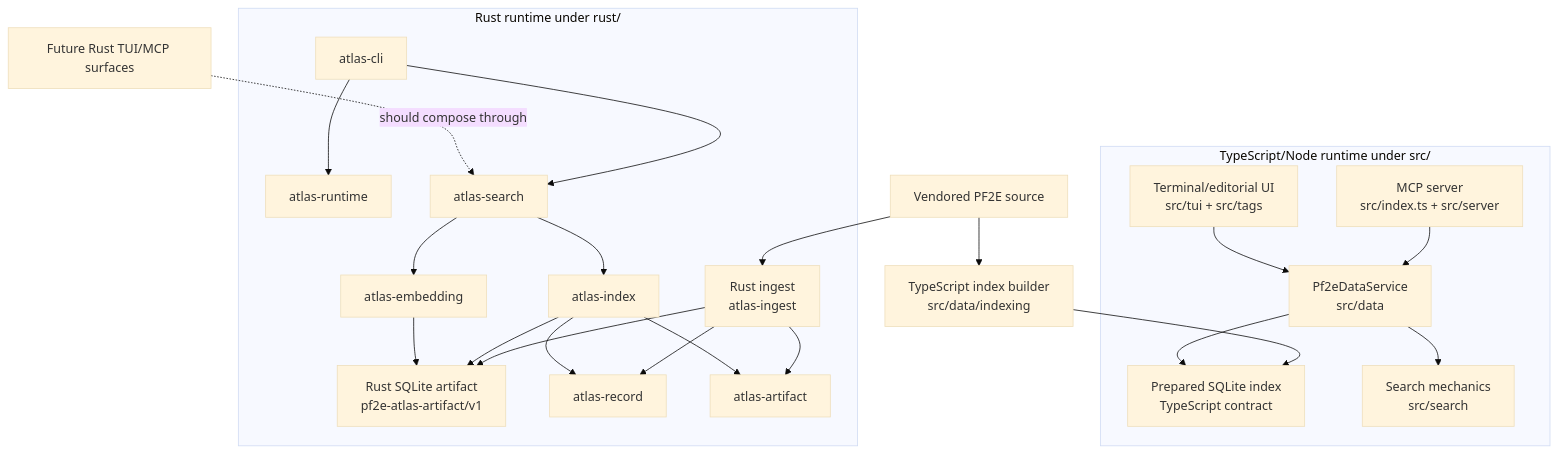
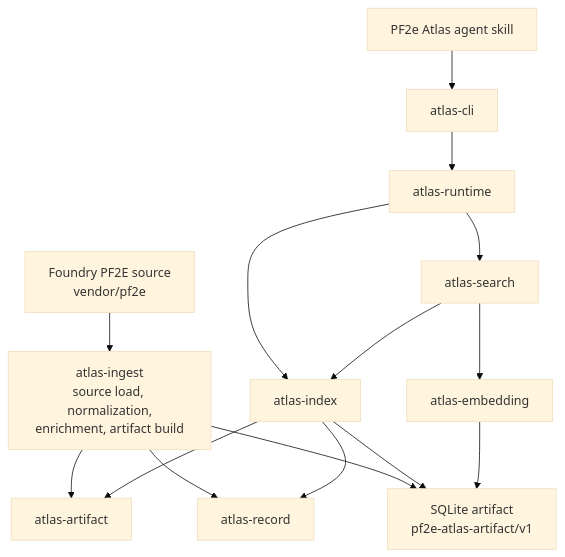
One commit to e-kosten/pf2e-atlas changed the diagram in docs/architecture/overview.md. Above: the diagram before and after it, drawn with Mermaid (base theme). The commit also changed other lines of this file and 948 other files, not shown here.

Commit message:
refactor: promote rust runtime to root

````diff
--- a/docs/architecture/overview.md
+++ b/docs/architecture/overview.md
@@ -70,41 +29,18 @@
 ```mermaid
 flowchart TD
-    pf2e["Vendored PF2E source"] --> nodeIndex["TypeScript index builder<br/>src/data/indexing"]
-    pf2e --> rustIngest["Rust ingest<br/>atlas-ingest"]
+    pf2e["Foundry PF2E source<br/>vendor/pf2e"] --> ingest["atlas-ingest<br/>source load, normalization,<br/>enrichment, artifact build"]
+    ingest --> artifactDb["SQLite artifact<br/>pf2e-atlas-artifact/v1"]
 
-    nodeIndex --> legacyDb["Prepared SQLite index<br/>TypeScript contract"]
-    rustIngest --> rustDb["Rust SQLite artifact<br/>pf2e-atlas-artifact/v1"]
-
-    subgraph NodeRuntime["TypeScript/Node runtime under src/"]
-      mcp["MCP server<br/>src/index.ts + src/server"]
-      tui["Terminal/editorial UI<br/>src/tui + src/tags"]
-      data["Pf2eDataService<br/>src/data"]
-      tsSearch["Search mechanics<br/>src/search"]
-      mcp --> data
-      tui --> data
-      data --> tsSearch
-      data --> legacyDb
-    end
-
-    subgraph RustRuntime["Rust runtime under rust/"]
-      cli["atlas-cli"]
-      runtime["atlas-runtime"]
-      rustSearch["atlas-search"]
-      index["atlas-index"]
-      embedding["atlas-embedding"]
-      record["atlas-record"]
-      artifact["atlas-artifact"]
-      cli --> runtime
-      cli --> rustSearch
-      rustSearch --> index
-      rustSearch --> embedding
-      index --> rustDb
-      embedding --> rustDb
-      rustIngest --> record
-      rustIngest --> artifact
-      index --> record
-      index --> artifact
-    end
-
-    rustFuture["Future Rust TUI/MCP surfaces"] -. should compose through .-> rustSearch
+    skill["PF2e Atlas agent skill"] --> cli["atlas-cli"]
+    cli --> runtime["atlas-runtime"]
+    runtime --> search["atlas-search"]
+    runtime --> index["atlas-index"]
+    search --> index
+    search --> embedding["atlas-embedding"]
+    index --> artifactDb
+    embedding --> artifactDb
+    ingest --> record["atlas-record"]
+    ingest --> artifact["atlas-artifact"]
+    index --> record
+    index --> artifact
 ```
````
